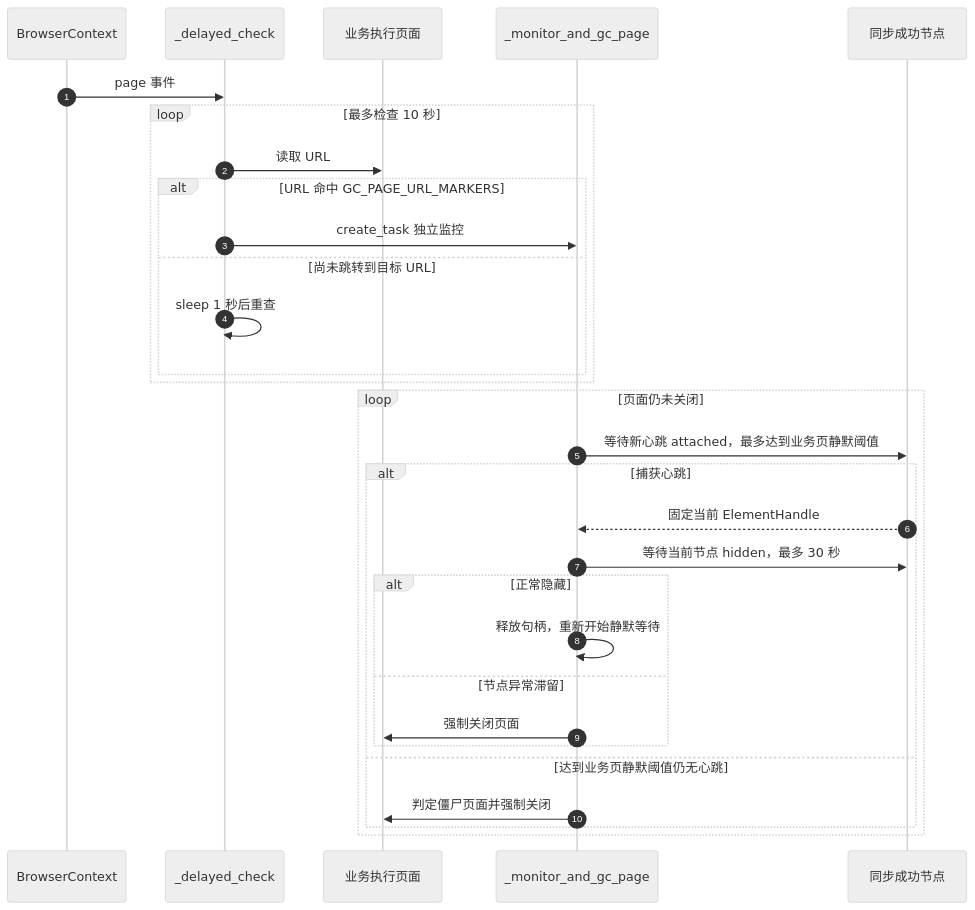
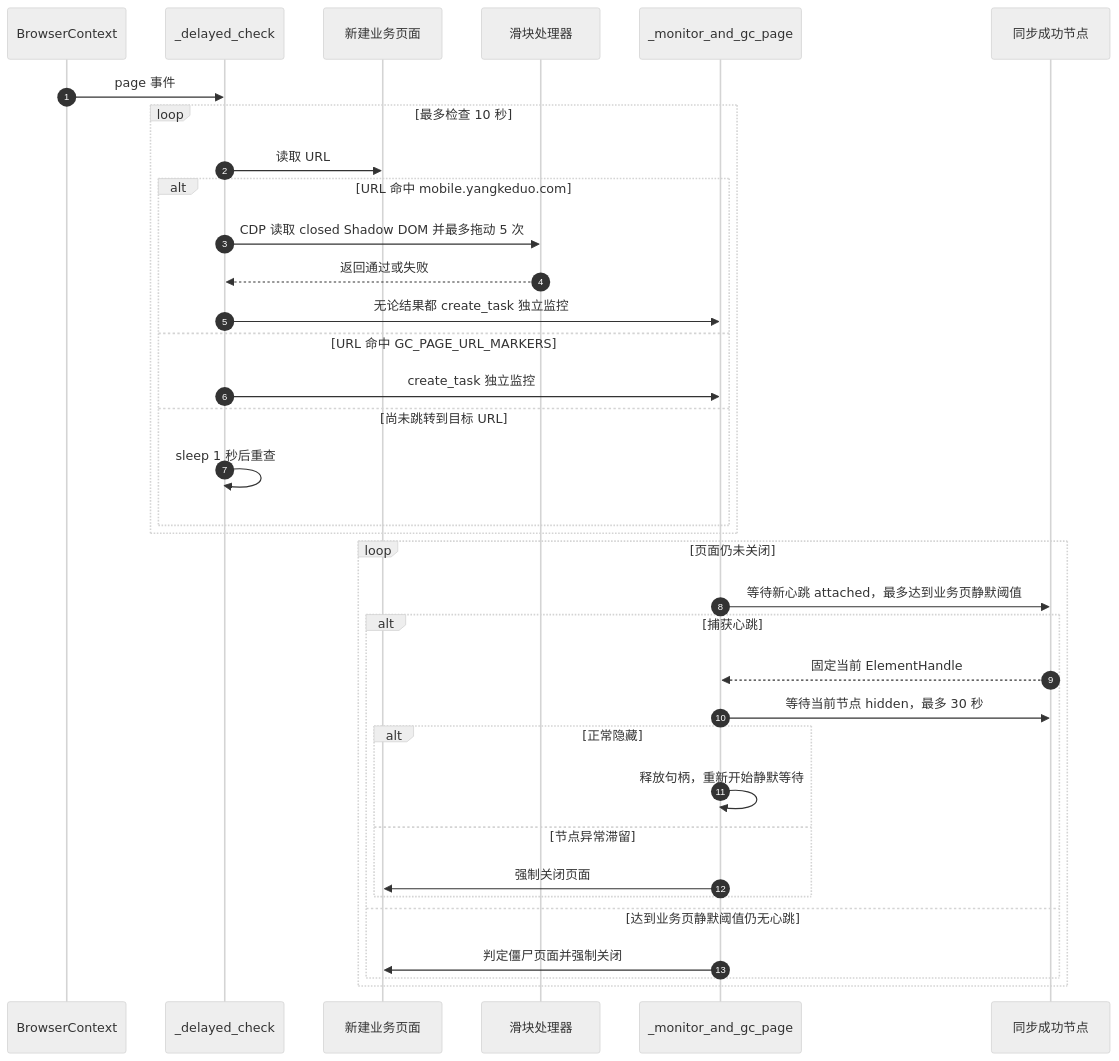
Diagram 11 of 15 in ARCHITECTURE.md (liao084/BitBrowser-Backfill-Engine), drawn with Mermaid (neutral theme) before and after one commit. The commit also changed other lines of this file and 8 other files, not shown here.

Commit message:
docs: refresh architecture and split env templates

````diff
--- a/ARCHITECTURE.md
+++ b/ARCHITECTURE.md
@@ -432,34 +435,39 @@
 ```mermaid
 sequenceDiagram
     autonumber
     participant Ctx as BrowserContext
     participant Detect as _delayed_check
-    participant JD as 业务执行页面
+    participant JD as 新建业务页面
+    participant Slider as 滑块处理器
     participant GC as _monitor_and_gc_page
     participant Toast as 同步成功节点
 
     Ctx->>Detect: page 事件
     loop 最多检查 10 秒
         Detect->>JD: 读取 URL
-        alt URL 命中 GC_PAGE_URL_MARKERS
+        alt URL 命中 mobile.yangkeduo.com
+            Detect->>Slider: CDP 读取 closed Shadow DOM 并最多拖动 5 次
+            Slider-->>Detect: 返回通过或失败
+            Detect->>GC: 无论结果都 create_task 独立监控
+        else URL 命中 GC_PAGE_URL_MARKERS
             Detect->>GC: create_task 独立监控
         else 尚未跳转到目标 URL
             Detect->>Detect: sleep 1 秒后重查
         end
     end
 
     loop 页面仍未关闭
         GC->>Toast: 等待新心跳 attached，最多达到业务页静默阈值
         alt 捕获心跳
             Toast-->>GC: 固定当前 ElementHandle
             GC->>Toast: 等待当前节点 hidden，最多 30 秒
             alt 正常隐藏
                 GC->>GC: 释放句柄，重新开始静默等待
             else 节点异常滞留
                 GC->>JD: 强制关闭页面
             end
         else 达到业务页静默阈值仍无心跳
             GC->>JD: 判定僵尸页面并强制关闭
         end
     end
 ```
````
